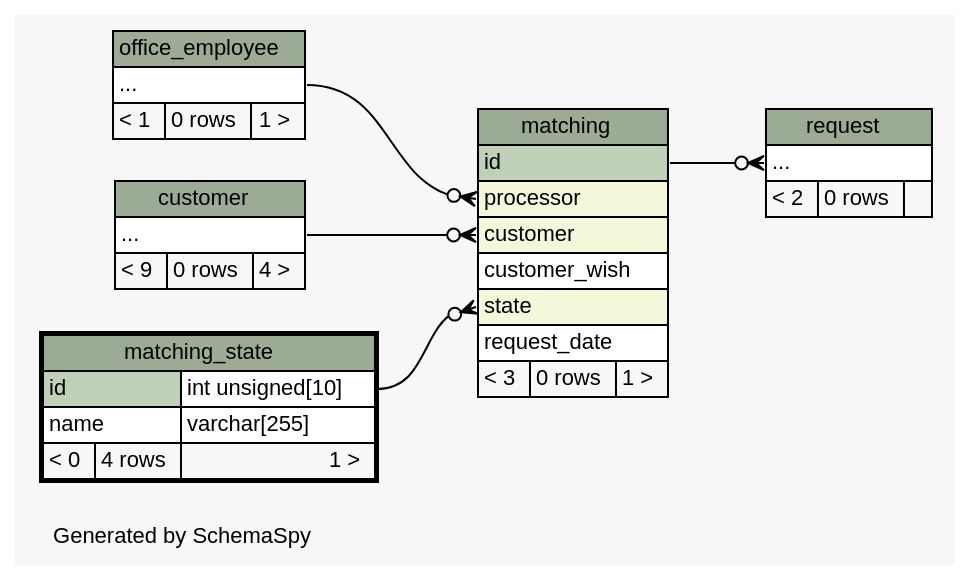
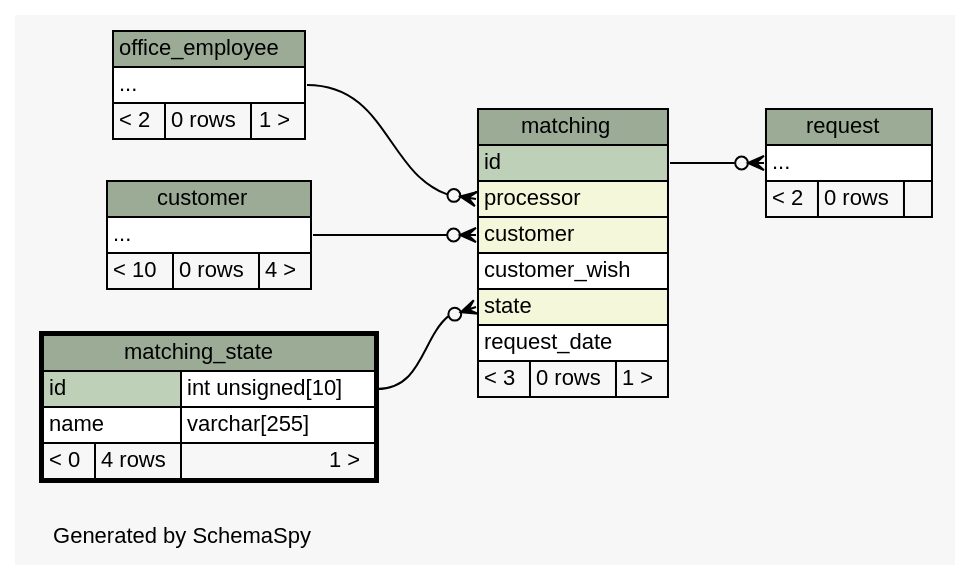
One commit to KaiBMP/KaiBMP.github.io changed the diagram in diagrams/matching_state.2degrees.dot. Above: the diagram before and after it, drawn with Graphviz. The commit also changed 136 other files, not shown here.

Commit message:
schemaspy update

```diff
--- a/diagrams/matching_state.2degrees.dot
+++ b/diagrams/matching_state.2degrees.dot
@@ -1,82 +1,82 @@
 // dot 2.40.1 on Linux 5.3.0-28-generic
 // SchemaSpy rev 590
 digraph "twoDegreesRelationshipsDiagram" {
   graph [
     rankdir="RL"
     bgcolor="#f7f7f7"
     label="\nGenerated by SchemaSpy"
     labeljust="l"
     nodesep="0.18"
     ranksep="0.46"
     fontname="Helvetica"
     fontsize="11"
   ];
   node [
     fontname="Helvetica"
     fontsize="11"
     shape="plaintext"
   ];
   edge [
     arrowsize="0.8"
   ];
   "matching":"customer":w -> "customer":"elipses":e [arrowhead=none dir=back arrowtail=crowodot];
   "matching":"processor":w -> "office_employee":"elipses":e [arrowhead=none dir=back arrowtail=crowodot];
   "matching":"state":w -> "matching_state":"id.type":e [arrowhead=none dir=back arrowtail=crowodot];
   "request":"elipses":w -> "matching":"id":e [arrowhead=none dir=back arrowtail=crowodot];
   "customer" [
     label=<
     <TABLE BORDER="0" CELLBORDER="1" CELLSPACING="0" BGCOLOR="#ffffff">
       <TR><TD COLSPAN="3" BGCOLOR="#9bab96" ALIGN="CENTER">customer</TD></TR>
       <TR><TD PORT="elipses" COLSPAN="3" ALIGN="LEFT">...</TD></TR>
-      <TR><TD ALIGN="LEFT" BGCOLOR="#f7f7f7">&lt; 9</TD><TD ALIGN="RIGHT" BGCOLOR="#f7f7f7">0 rows</TD><TD ALIGN="RIGHT" BGCOLOR="#f7f7f7">4 &gt;</TD></TR>
+      <TR><TD ALIGN="LEFT" BGCOLOR="#f7f7f7">&lt; 10</TD><TD ALIGN="RIGHT" BGCOLOR="#f7f7f7">0 rows</TD><TD ALIGN="RIGHT" BGCOLOR="#f7f7f7">4 &gt;</TD></TR>
     </TABLE>>
     URL="customer.html"
     tooltip="customer"
   ];
   "matching" [
     label=<
     <TABLE BORDER="0" CELLBORDER="1" CELLSPACING="0" BGCOLOR="#ffffff">
       <TR><TD COLSPAN="3" BGCOLOR="#9bab96" ALIGN="CENTER">matching</TD></TR>
       <TR><TD PORT="id" COLSPAN="3" BGCOLOR="#bed1b8" ALIGN="LEFT">id</TD></TR>
       <TR><TD PORT="processor" COLSPAN="3" BGCOLOR="#f4f7da" ALIGN="LEFT">processor</TD></TR>
       <TR><TD PORT="customer" COLSPAN="3" BGCOLOR="#f4f7da" ALIGN="LEFT">customer</TD></TR>
       <TR><TD PORT="customer_wish" COLSPAN="3" ALIGN="LEFT">customer_wish</TD></TR>
       <TR><TD PORT="state" COLSPAN="3" BGCOLOR="#f4f7da" ALIGN="LEFT">state</TD></TR>
       <TR><TD PORT="request_date" COLSPAN="3" ALIGN="LEFT">request_date</TD></TR>
       <TR><TD ALIGN="LEFT" BGCOLOR="#f7f7f7">&lt; 3</TD><TD ALIGN="RIGHT" BGCOLOR="#f7f7f7">0 rows</TD><TD ALIGN="RIGHT" BGCOLOR="#f7f7f7">1 &gt;</TD></TR>
     </TABLE>>
     URL="matching.html"
     tooltip="matching"
   ];
   "matching_state" [
     label=<
     <TABLE BORDER="2" CELLBORDER="1" CELLSPACING="0" BGCOLOR="#ffffff">
       <TR><TD COLSPAN="3" BGCOLOR="#9bab96" ALIGN="CENTER">matching_state</TD></TR>
       <TR><TD PORT="id" COLSPAN="2" BGCOLOR="#bed1b8" ALIGN="LEFT">id</TD><TD PORT="id.type" ALIGN="LEFT">int unsigned[10]</TD></TR>
       <TR><TD PORT="name" COLSPAN="2" ALIGN="LEFT">name</TD><TD PORT="name.type" ALIGN="LEFT">varchar[255]</TD></TR>
       <TR><TD ALIGN="LEFT" BGCOLOR="#f7f7f7">&lt; 0</TD><TD ALIGN="RIGHT" BGCOLOR="#f7f7f7">4 rows</TD><TD ALIGN="RIGHT" BGCOLOR="#f7f7f7">1 &gt;</TD></TR>
     </TABLE>>
     URL="matching_state.html"
     tooltip="matching_state"
   ];
   "office_employee" [
     label=<
     <TABLE BORDER="0" CELLBORDER="1" CELLSPACING="0" BGCOLOR="#ffffff">
       <TR><TD COLSPAN="3" BGCOLOR="#9bab96" ALIGN="CENTER">office_employee</TD></TR>
       <TR><TD PORT="elipses" COLSPAN="3" ALIGN="LEFT">...</TD></TR>
-      <TR><TD ALIGN="LEFT" BGCOLOR="#f7f7f7">&lt; 1</TD><TD ALIGN="RIGHT" BGCOLOR="#f7f7f7">0 rows</TD><TD ALIGN="RIGHT" BGCOLOR="#f7f7f7">1 &gt;</TD></TR>
+      <TR><TD ALIGN="LEFT" BGCOLOR="#f7f7f7">&lt; 2</TD><TD ALIGN="RIGHT" BGCOLOR="#f7f7f7">0 rows</TD><TD ALIGN="RIGHT" BGCOLOR="#f7f7f7">1 &gt;</TD></TR>
     </TABLE>>
     URL="office_employee.html"
     tooltip="office_employee"
   ];
   "request" [
     label=<
     <TABLE BORDER="0" CELLBORDER="1" CELLSPACING="0" BGCOLOR="#ffffff">
       <TR><TD COLSPAN="3" BGCOLOR="#9bab96" ALIGN="CENTER">request</TD></TR>
       <TR><TD PORT="elipses" COLSPAN="3" ALIGN="LEFT">...</TD></TR>
       <TR><TD ALIGN="LEFT" BGCOLOR="#f7f7f7">&lt; 2</TD><TD ALIGN="RIGHT" BGCOLOR="#f7f7f7">0 rows</TD><TD ALIGN="RIGHT" BGCOLOR="#f7f7f7">  </TD></TR>
     </TABLE>>
     URL="request.html"
     tooltip="request"
   ];
 }
```
